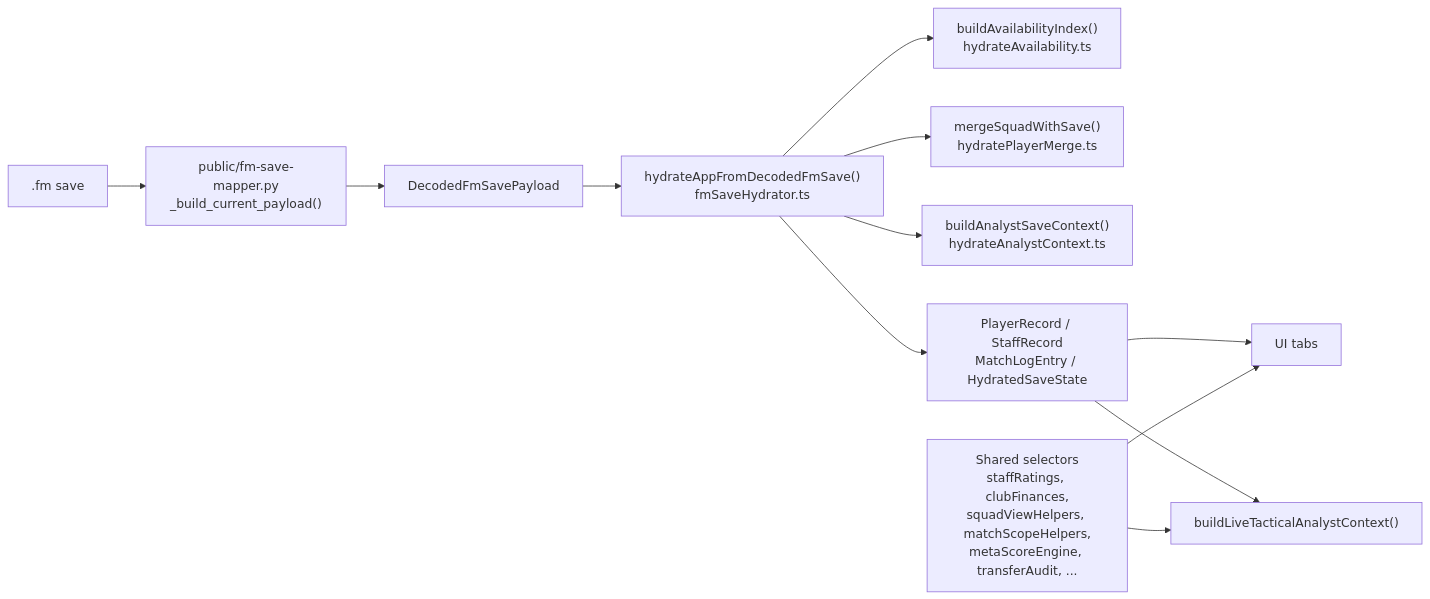
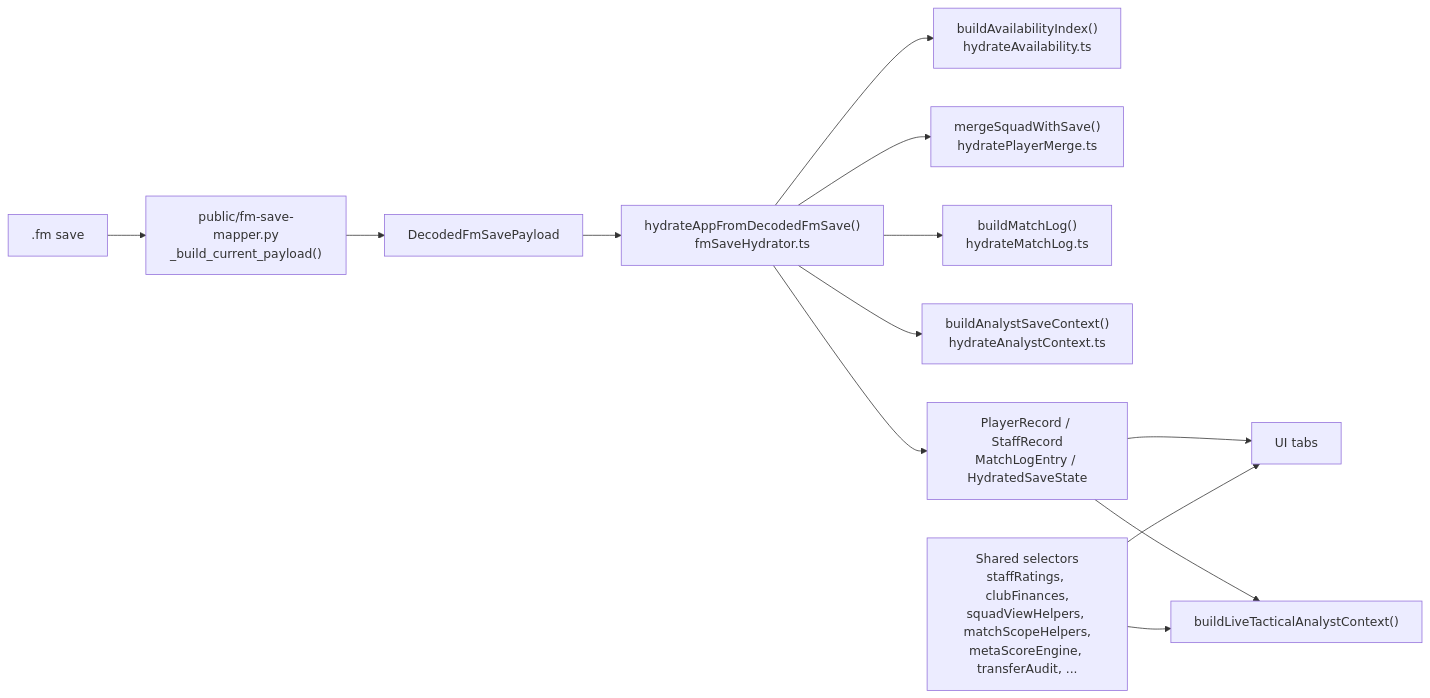
One commit to bd94fd/fm27-command-hub changed the diagram in docs/data-parity-contract-map.md. Above: the diagram before and after it, drawn with Mermaid. The commit also changed 5 other files, not shown here.

First line of the commit message:
refactor(R40): move the match log build out of the save hydrator (#123)

````diff
--- a/docs/data-parity-contract-map.md
+++ b/docs/data-parity-contract-map.md
@@ -11,14 +11,15 @@
 ```mermaid
 flowchart LR
   A[".fm save"] --> B["public/fm-save-mapper.py<br/>_build_current_payload()"]
   B --> C["DecodedFmSavePayload"]
   C --> D["hydrateAppFromDecodedFmSave()<br/>fmSaveHydrator.ts"]
   D --> D1["buildAvailabilityIndex()<br/>hydrateAvailability.ts"]
   D --> D0["mergeSquadWithSave()<br/>hydratePlayerMerge.ts"]
+  D --> D3["buildMatchLog()<br/>hydrateMatchLog.ts"]
   D --> D2["buildAnalystSaveContext()<br/>hydrateAnalystContext.ts"]
   D --> E["PlayerRecord / StaffRecord<br/>MatchLogEntry / HydratedSaveState"]
   E --> F["UI tabs"]
   E --> G["buildLiveTacticalAnalystContext()"]
   H["Shared selectors<br/>staffRatings, clubFinances,<br/>squadViewHelpers, matchScopeHelpers,<br/>metaScoreEngine, transferAudit, ..."] --> F
   H --> G
 ```
````
